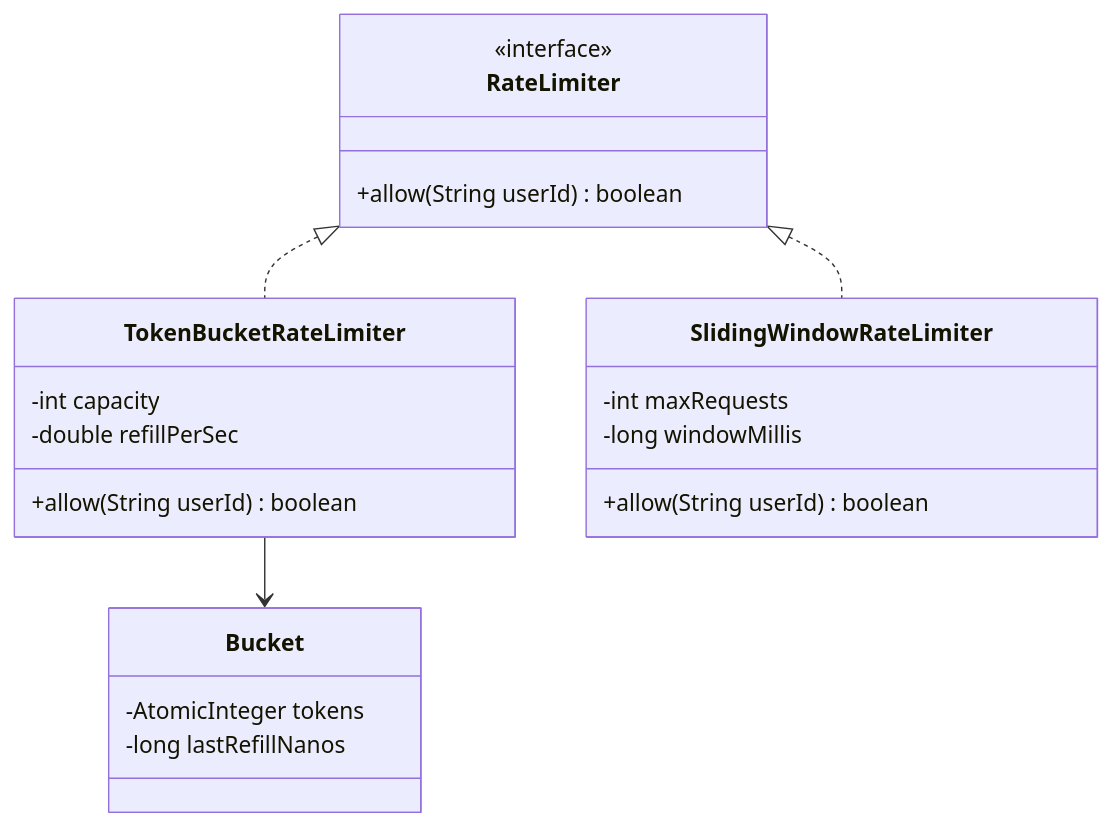
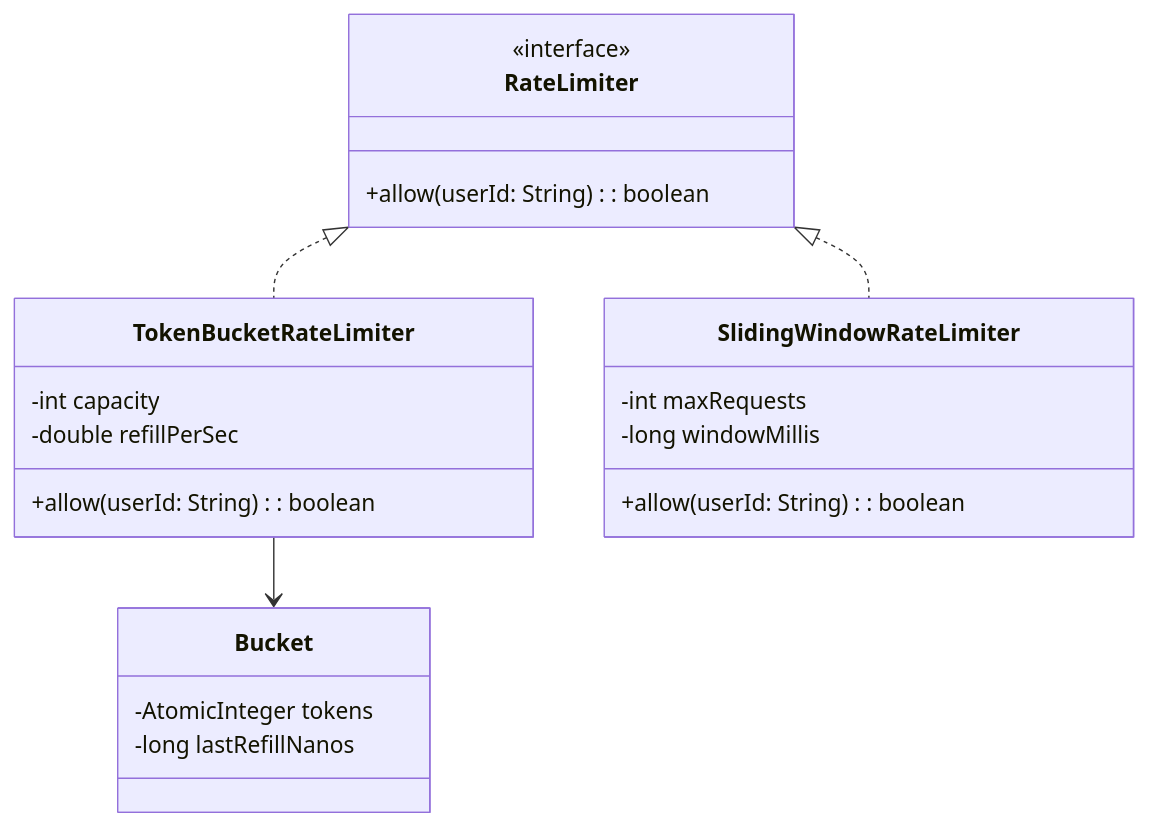
One commit to iamitgupta/system-design-LLD-basic changed diagram 41 of 59 in Readme.md. Above: the diagram before and after it, drawn with Mermaid. The commit also changed other lines of this file, not shown here.

````diff
--- a/Readme.md
+++ b/Readme.md
@@ -4255,24 +5042,24 @@
 ```mermaid
 classDiagram
     class RateLimiter {
         <<interface>>
-        +allow(String userId) boolean
+        +allow(userId: String): boolean
     }
     class TokenBucketRateLimiter {
         -int capacity
         -double refillPerSec
-        +allow(String userId) boolean
+        +allow(userId: String): boolean
     }
     class SlidingWindowRateLimiter {
         -int maxRequests
         -long windowMillis
-        +allow(String userId) boolean
+        +allow(userId: String): boolean
     }
     class Bucket {
         -AtomicInteger tokens
         -long lastRefillNanos
     }
     RateLimiter <|.. TokenBucketRateLimiter
     RateLimiter <|.. SlidingWindowRateLimiter
     TokenBucketRateLimiter --> Bucket
 ```
````
